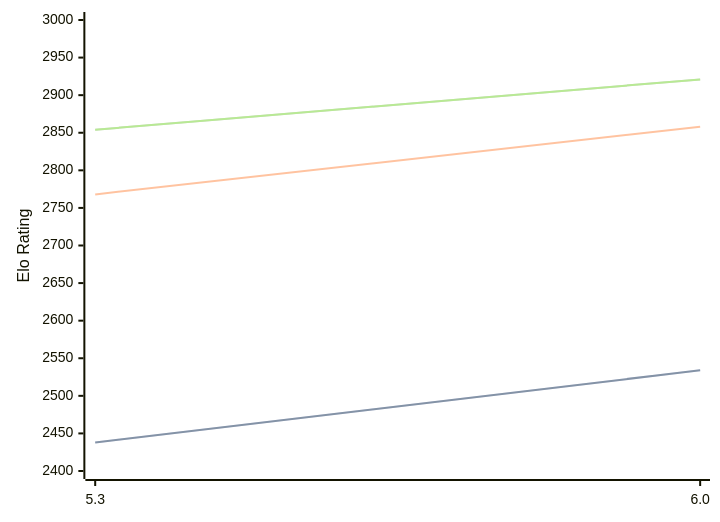
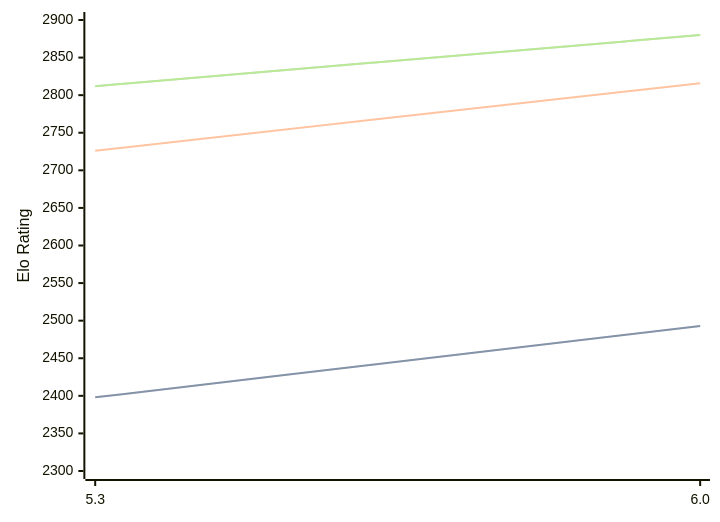
The diagram in engines/tomitankChess.md (computer-chess-index/cci), drawn with Mermaid before and after one commit. The commit also changed other lines of this file, not shown here.

Commit message:
Update CCI Ratings (ELO VLTC) - 2026-05-19

````diff
--- a/engines/tomitankChess.md
+++ b/engines/tomitankChess.md
@@ -40,11 +40,11 @@
 ```mermaid
 %%{init: {"theme":"base","themeVariables":{"seriesColors:['#a3a3a3','#222221','#faa371']}}}%%
 xychart-beta
   x-axis ["5.3", "6.0"]
-  y-axis "Elo Rating" 2400 --> 3000
-  line "STC (8.0+0.08s)" [2438, 2534]
-  line "STC (8.0+0.08s)" [2438, 2534]
-  line "LTC (60.0+0.60s)" [2768, 2858]
-  line "VLTC (2m24s+1.12s)" [2854, 2921]
-  line "VLTC (2m24s+1.12s)" [2854, 2921]
+  y-axis "Elo Rating" 2300 --> 2900
+  line "STC (8.0+0.08s)" [2398, 2493]
+  line "STC (8.0+0.08s)" [2398, 2493]
+  line "LTC (60.0+0.60s)" [2726, 2816]
+  line "VLTC (2m24s+1.12s)" [2812, 2880]
+  line "VLTC (2m24s+1.12s)" [2812, 2880]
 ```
````
